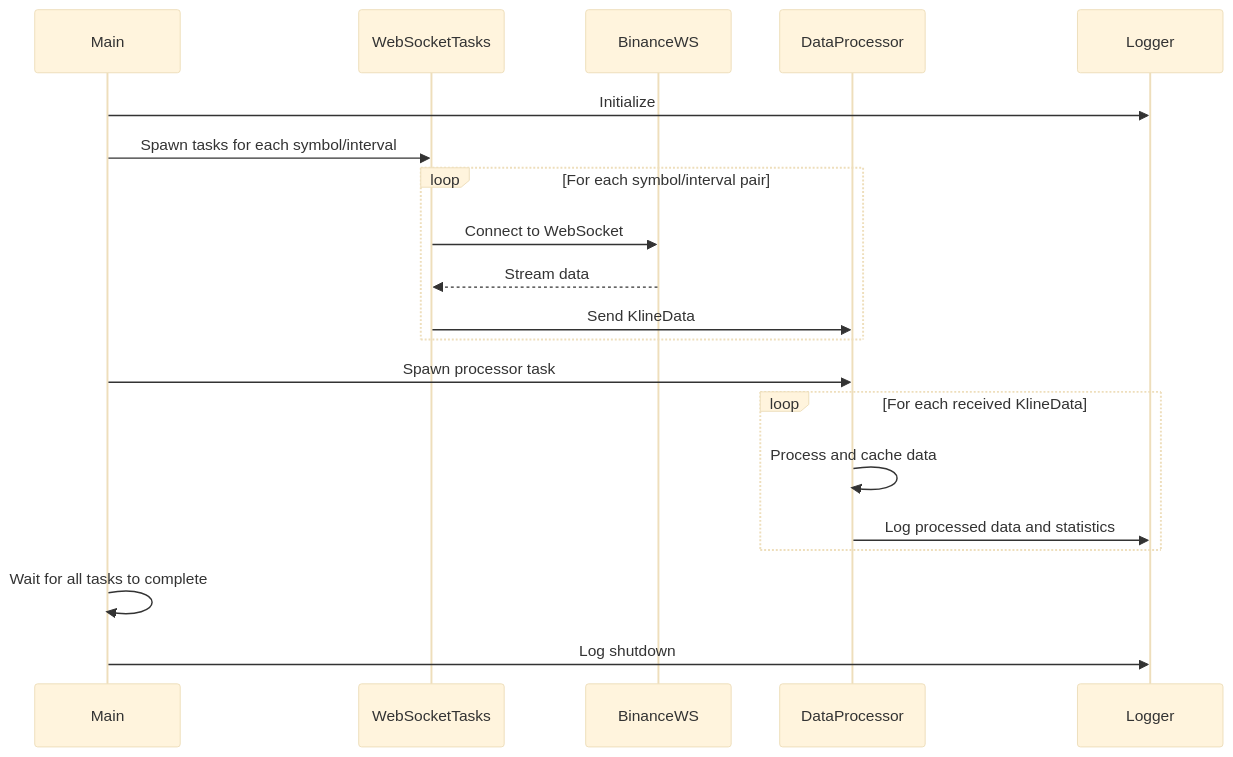
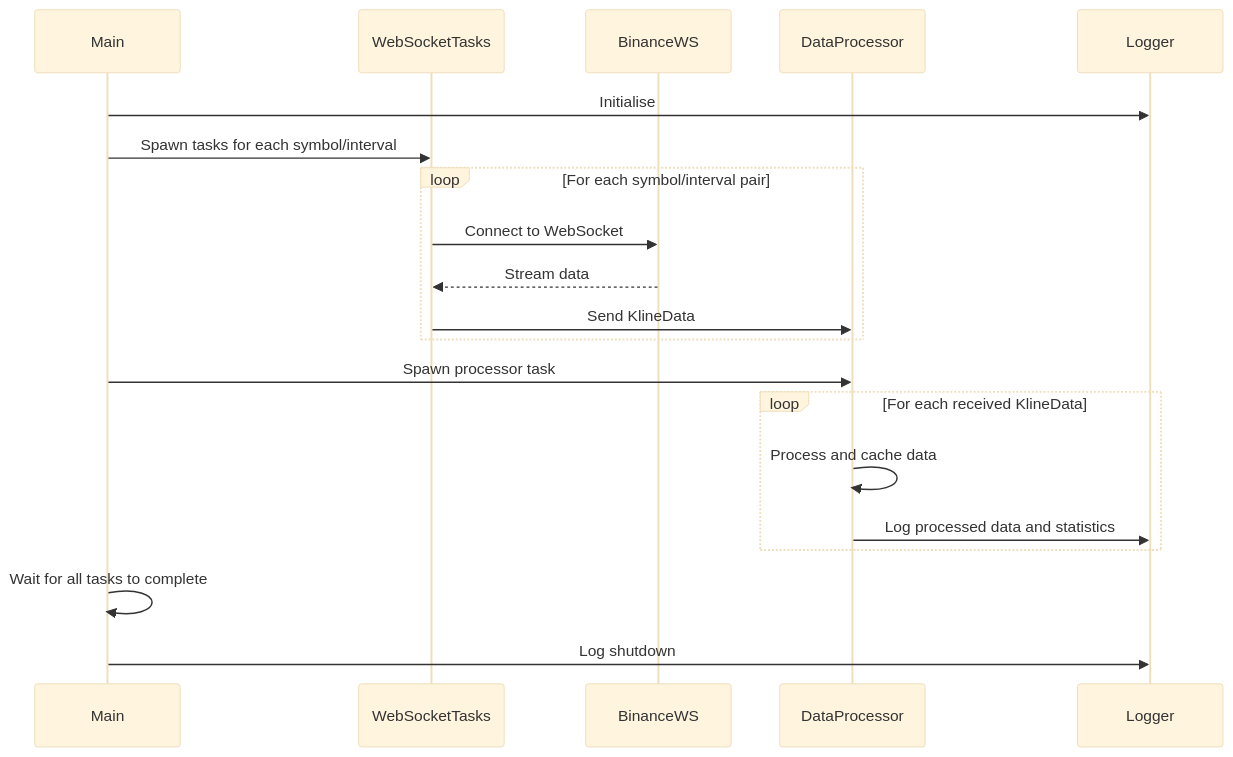
One commit to arturogonzalezm/crypto_kline_tracker changed the diagram in README.md. Above: the diagram before and after it, drawn with Mermaid (base theme). The commit also changed other lines of this file, not shown here.

````diff
--- a/README.md
+++ b/README.md
@@ -79,23 +79,23 @@
 ```mermaid
 sequenceDiagram
     participant Main
     participant WebSocketTasks
     participant BinanceWS
     participant DataProcessor
     participant Logger
 
-    Main->>Logger: Initialize
+    Main->>Logger: Initialise
     Main->>WebSocketTasks: Spawn tasks for each symbol/interval
     loop For each symbol/interval pair
         WebSocketTasks->>BinanceWS: Connect to WebSocket
         BinanceWS-->>WebSocketTasks: Stream data
         WebSocketTasks->>DataProcessor: Send KlineData
     end
     Main->>DataProcessor: Spawn processor task
     loop For each received KlineData
         DataProcessor->>DataProcessor: Process and cache data
         DataProcessor->>Logger: Log processed data and statistics
     end
     Main->>Main: Wait for all tasks to complete
     Main->>Logger: Log shutdown
 ```
````
